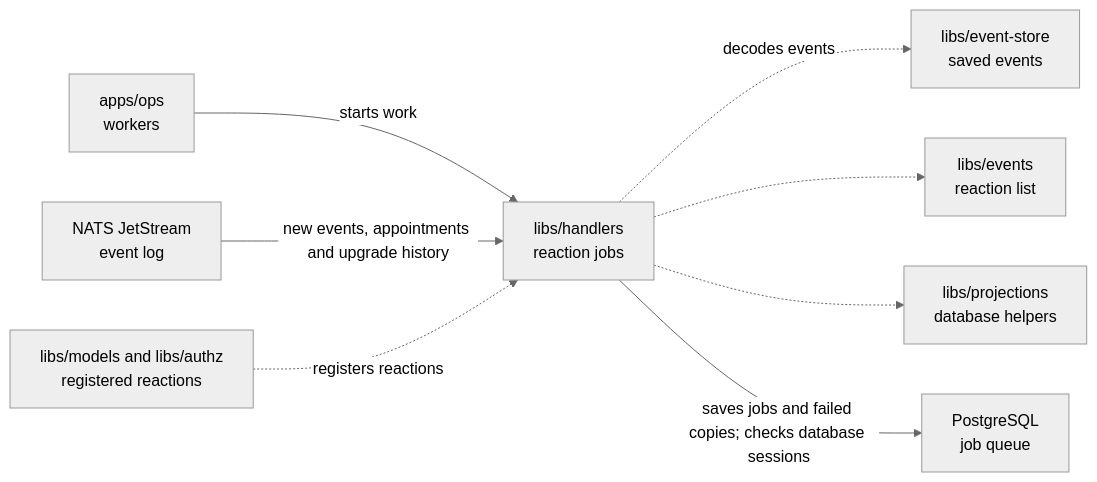
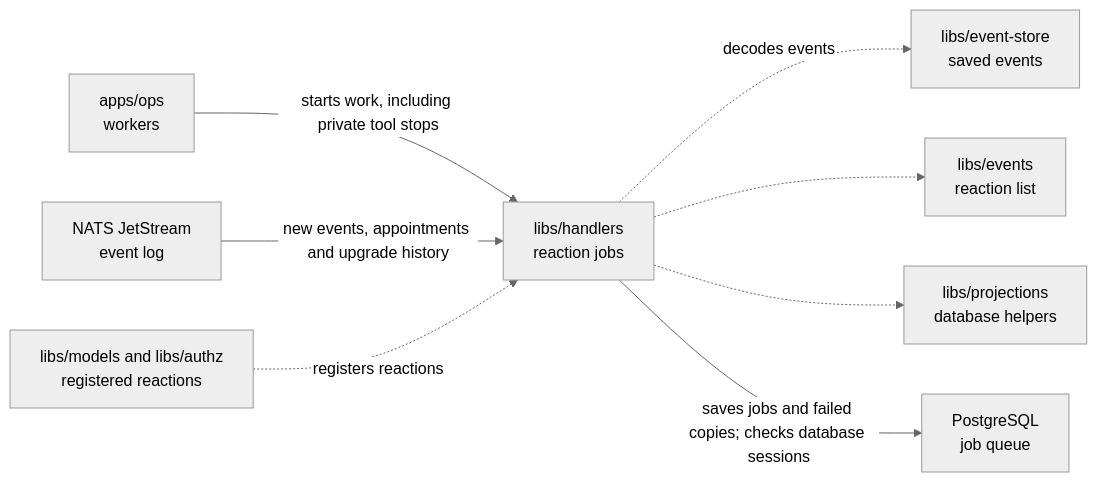
The diagram in libs/handlers/README.md (elewa-git/opencrane-new), drawn with Mermaid (neutral theme) before and after one commit. The commit also changed other lines of this file and 13 other files, not shown here.

````diff
--- a/libs/handlers/README.md
+++ b/libs/handlers/README.md
@@ -28,10 +28,10 @@
 ```mermaid
 flowchart LR
-  ops["apps/ops<br/>workers"] -->|starts work| handlers["libs/handlers<br/>reaction jobs"]
+  ops["apps/ops<br/>workers"] -->|starts work, including private tool stops| handlers["libs/handlers<br/>reaction jobs"]
   nats["NATS JetStream<br/>event log"] -->|new events, appointments and upgrade history| handlers
   reactions["libs/models and libs/authz<br/>registered reactions"] -.->|registers reactions| handlers
   handlers -.->|decodes events| store["libs/event-store<br/>saved events"]
   handlers -.-> events["libs/events<br/>reaction list"]
   handlers -.-> projections["libs/projections<br/>database helpers"]
   handlers -->|saves jobs and failed copies; checks database sessions| pg["PostgreSQL<br/>job queue"]
 ```
````
